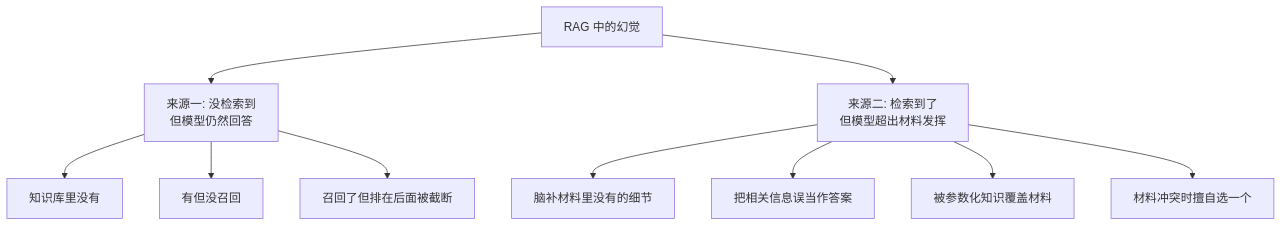
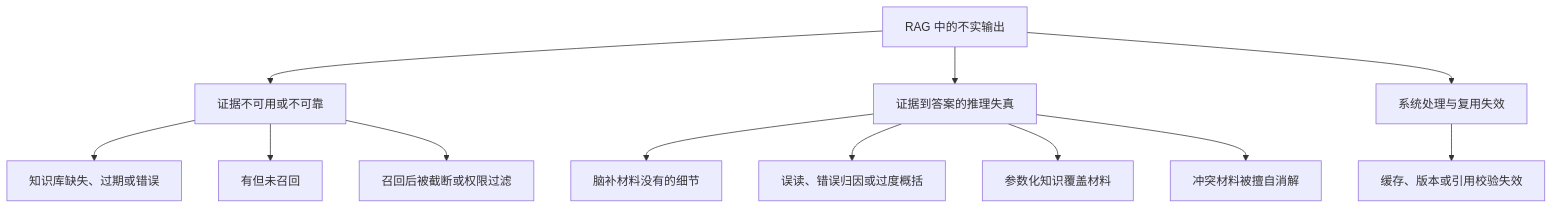
The first of 2 diagrams in docs/rag/17-generation-hallucination.md (oneleaveknowsthefall/awesome-ai-roadmap), drawn with Mermaid before and after one commit. The commit also changed other lines of this file and 77 other files, not shown here.

Commit message:
docs: audit and modernize the AI roadmap

````diff
--- a/docs/rag/17-generation-hallucination.md
+++ b/docs/rag/17-generation-hallucination.md
@@ -13,14 +11,16 @@
 ```mermaid
 flowchart TB
-    H[RAG 中的幻觉] --> H1[来源一: 没检索到<br/>但模型仍然回答]
-    H --> H2[来源二: 检索到了<br/>但模型超出材料发挥]
+    H[RAG 中的不实输出] --> H1[证据不可用或不可靠]
+    H --> H2[证据到答案的推理失真]
+    H --> H3[系统处理与复用失效]
 
-    H1 --> C1[知识库里没有]
-    H1 --> C2[有但没召回]
-    H1 --> C3[召回了但排在后面被截断]
+    H1 --> C1[知识库缺失、过期或错误]
+    H1 --> C2[有但未召回]
+    H1 --> C3[召回后被截断或权限过滤]
 
-    H2 --> C4[脑补材料里没有的细节]
-    H2 --> C5[把相关信息误当作答案]
-    H2 --> C6[被参数化知识覆盖材料]
-    H2 --> C7[材料冲突时擅自选一个]
+    H2 --> C4[脑补材料没有的细节]
+    H2 --> C5[误读、错误归因或过度概括]
+    H2 --> C6[参数化知识覆盖材料]
+    H2 --> C7[冲突材料被擅自消解]
+    H3 --> C8[缓存、版本或引用校验失效]
 ```
````
